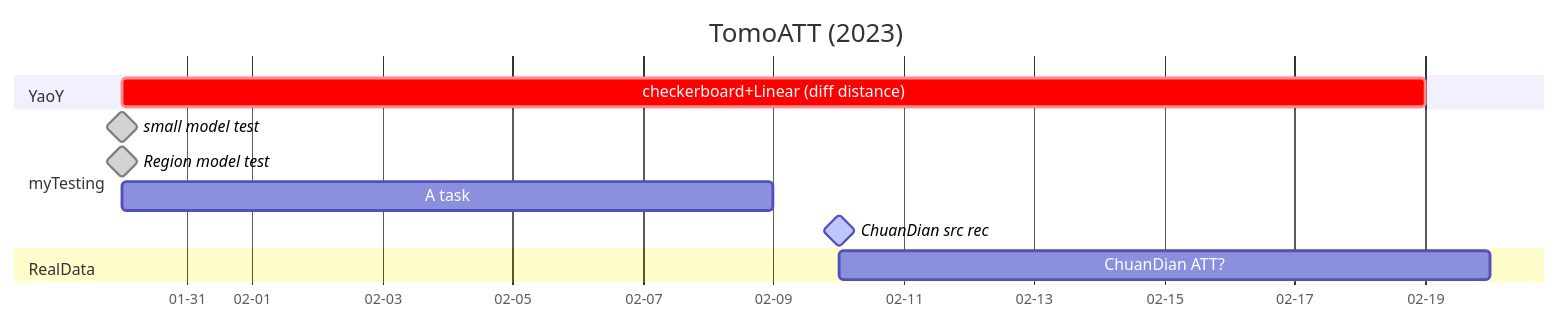
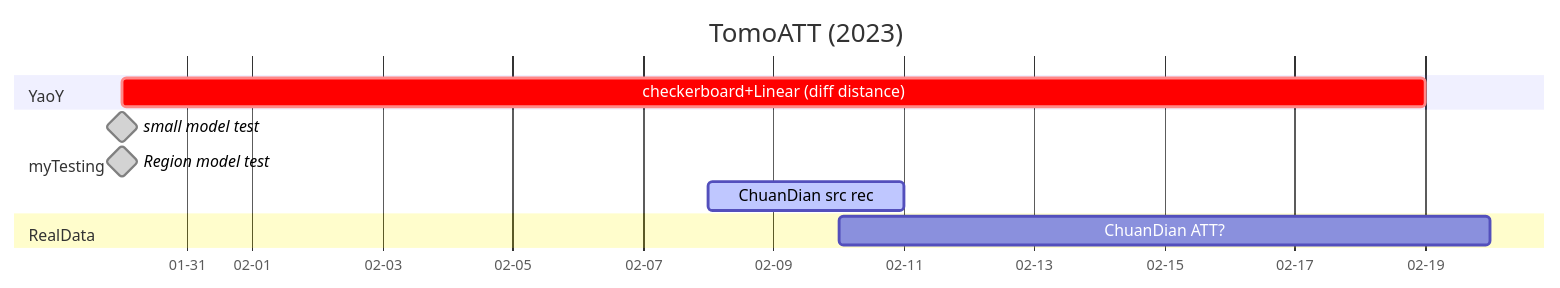
Before and after one commit to Huadangfan/my-notes: the third of 3 diagrams in public/todo.md, drawn with Mermaid. The commit also changed other lines of this file, not shown here.

Commit message:
add gitgraph diagram

````diff
--- a/public/todo.md
+++ b/public/todo.md
@@ -19,19 +38,18 @@
 ```mermaid
 gantt
     title TomoATT (2023)
     dateFormat  YYYY-MM-DD
     axisFormat   %m-%d
 
     section YaoY
     checkerboard+Linear (diff distance) :crit, activ, 2023-01-30, 20d
 
 
     section myTesting
     small model test   :done, milestone, 2023-01-30, 0d
     Region model test  :done, milestone, 2023-01-30, 0d
-    A task             :a2, 2023-01-30,  10d
-    ChuanDian src rec  :active, milestone, 2023-02-10, 0d
+    ChuanDian src rec  :active, , 2023-02-8, 3d
 
     section RealData
     ChuanDian ATT?      :b1, 2023-02-10, 10d
 ```
````
